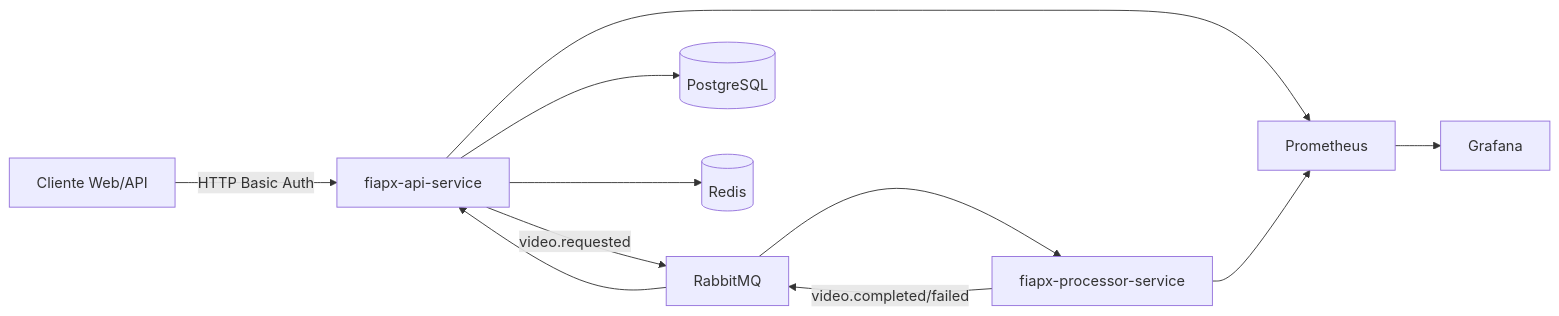
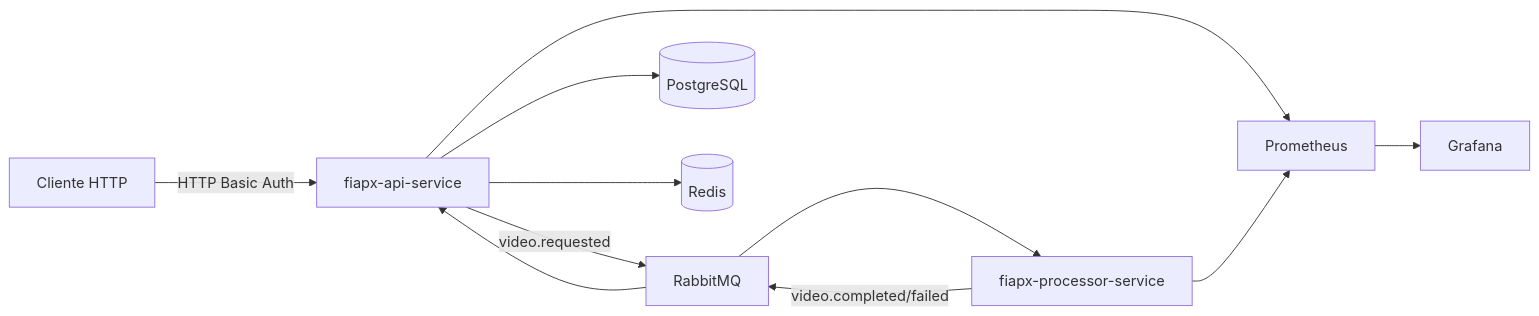
One commit to ricartefelipe/fiapx-api-service changed the diagram in docs/fase5/arquitetura.md. Above: the diagram before and after it, drawn with Mermaid. The commit also changed other lines of this file and 12 other files, not shown here.

````diff
--- a/docs/fase5/arquitetura.md
+++ b/docs/fase5/arquitetura.md
@@ -7,22 +7,22 @@
 ```mermaid
 flowchart LR
-    Cliente[Cliente Web/API]
+    Cliente[Cliente HTTP]
     API[fiapx-api-service]
     MQ[RabbitMQ]
     Worker[fiapx-processor-service]
     PG[(PostgreSQL)]
     Redis[(Redis)]
     Prom[Prometheus]
     Graf[Grafana]
 
     Cliente -->|HTTP Basic Auth| API
     API --> PG
     API --> Redis
     API -->|video.requested| MQ
     MQ --> Worker
     Worker -->|video.completed/failed| MQ
     MQ --> API
     API --> Prom
     Worker --> Prom
     Prom --> Graf
 ```
````
